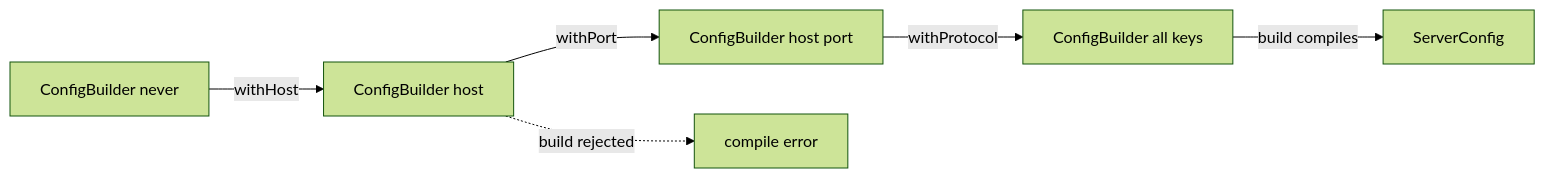
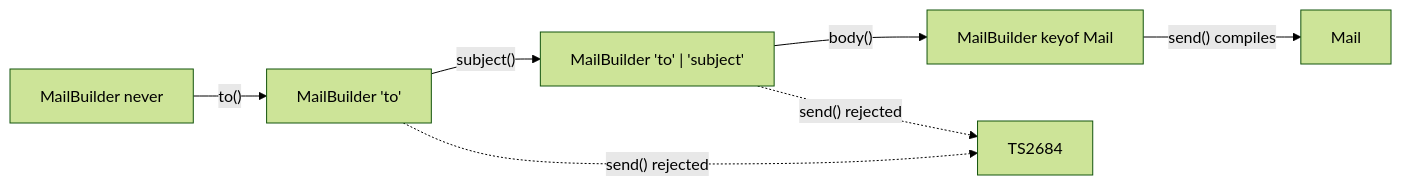
Before and after one commit to cheer-cho/LearningCourse--TypeScript--build-by-Claude-Code: the fourth of 9 diagrams in 11-advanced-patterns/LESSON.md, drawn with Mermaid (forest theme). The commit also changed other lines of this file and 79 other files, not shown here.

````diff
--- a/11-advanced-patterns/LESSON.md
+++ b/11-advanced-patterns/LESSON.md
@@ -46,8 +243,9 @@
 ```mermaid
 flowchart LR
-    B0["ConfigBuilder never"] -->|"withHost"| B1["ConfigBuilder host"]
-    B1 -->|"withPort"| B2["ConfigBuilder host port"]
-    B2 -->|"withProtocol"| B3["ConfigBuilder all keys"]
-    B3 -->|"build compiles"| C["ServerConfig"]
-    B1 -.->|"build rejected"| X["compile error"]
+    B0["MailBuilder never"] -- "to()" --> B1["MailBuilder 'to'"]
+    B1 -- "subject()" --> B2["MailBuilder 'to' | 'subject'"]
+    B2 -- "body()" --> B3["MailBuilder keyof Mail"]
+    B3 -- "send() compiles" --> M["Mail"]
+    B1 -. "send() rejected" .-> X["TS2684"]
+    B2 -. "send() rejected" .-> X
 ```
````
